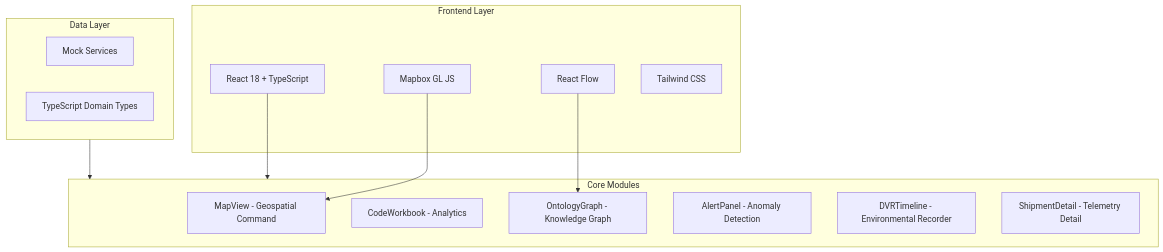
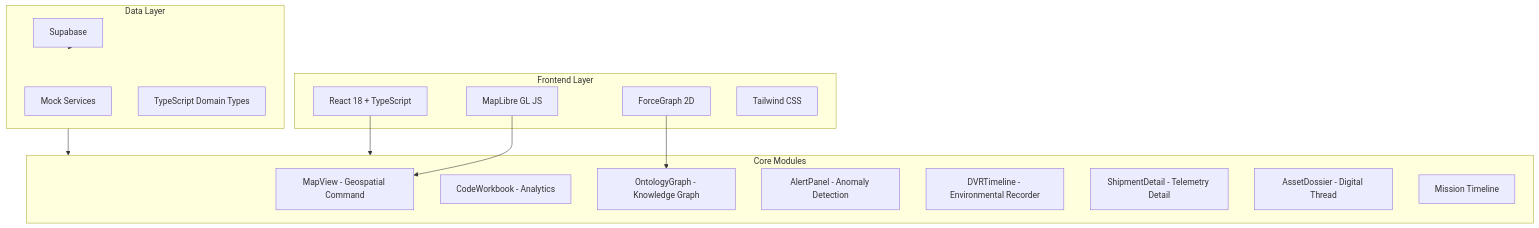
Before and after one commit to AngelP17/Transvec: the second of 3 diagrams in README.md, drawn with Mermaid. The commit also changed other lines of this file and 26 other files, not shown here.

````diff
--- a/README.md
+++ b/README.md
@@ -42,28 +42,32 @@
 ```mermaid
 graph TB
     subgraph Frontend["Frontend Layer"]
         UI[React 18 + TypeScript]
-        MB[Mapbox GL JS]
-        RF[React Flow]
+        MB[MapLibre GL JS]
+        RF[ForceGraph 2D]
         TW[Tailwind CSS]
     end
 
     subgraph Components["Core Modules"]
         MV[MapView - Geospatial Command]
         CW[CodeWorkbook - Analytics]
         OG[OntologyGraph - Knowledge Graph]
         AP[AlertPanel - Anomaly Detection]
         DT[DVRTimeline - Environmental Recorder]
         SD[ShipmentDetail - Telemetry Detail]
+        AD[AssetDossier - Digital Thread]
+        MT[Mission Timeline]
     end
 
     subgraph DataLayer["Data Layer"]
+        SB[Supabase]
         MS[Mock Services]
         TS[TypeScript Domain Types]
     end
 
     UI --> Components
     MB --> MV
     RF --> OG
+    SB --> DataLayer
     DataLayer --> Components
 ```
````
